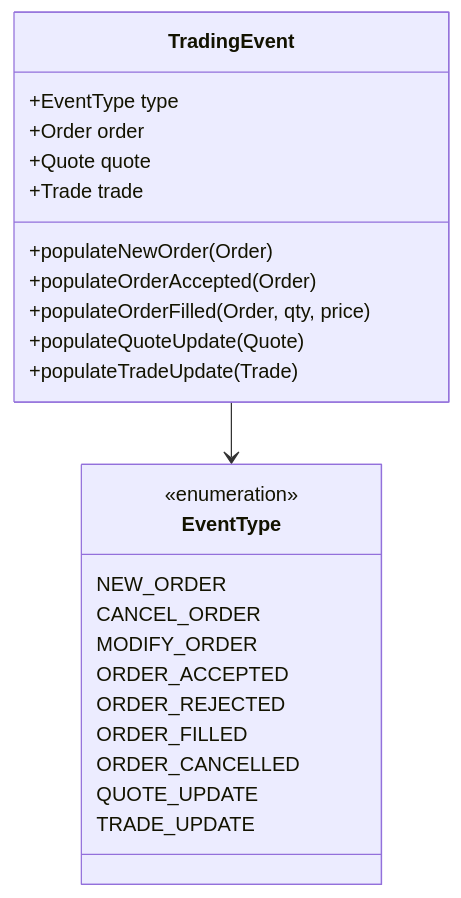
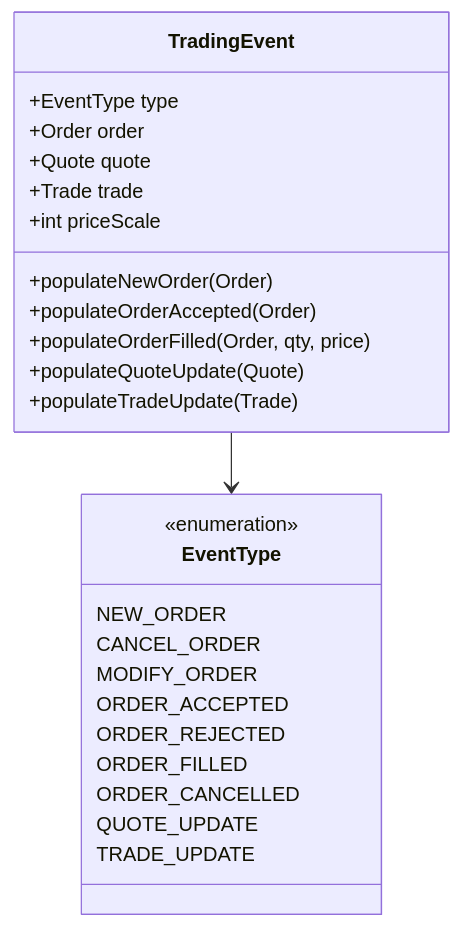
One commit to lukmusial/trading-client changed the sixth of 30 diagrams in docs/ARCHITECTURE.md. Above: the diagram before and after it, drawn with Mermaid. The commit also changed other lines of this file, not shown here.

First line of the commit message:
Document price scale handling for multi-exchange support

````diff
--- a/docs/ARCHITECTURE.md
+++ b/docs/ARCHITECTURE.md
@@ -232,29 +312,30 @@
 ```mermaid
 classDiagram
     class TradingEvent {
         +EventType type
         +Order order
         +Quote quote
         +Trade trade
+        +int priceScale
         +populateNewOrder(Order)
         +populateOrderAccepted(Order)
         +populateOrderFilled(Order, qty, price)
         +populateQuoteUpdate(Quote)
         +populateTradeUpdate(Trade)
     }
 
     class EventType {
         <<enumeration>>
         NEW_ORDER
         CANCEL_ORDER
         MODIFY_ORDER
         ORDER_ACCEPTED
         ORDER_REJECTED
         ORDER_FILLED
         ORDER_CANCELLED
         QUOTE_UPDATE
         TRADE_UPDATE
     }
 
     TradingEvent --> EventType
 ```
````
